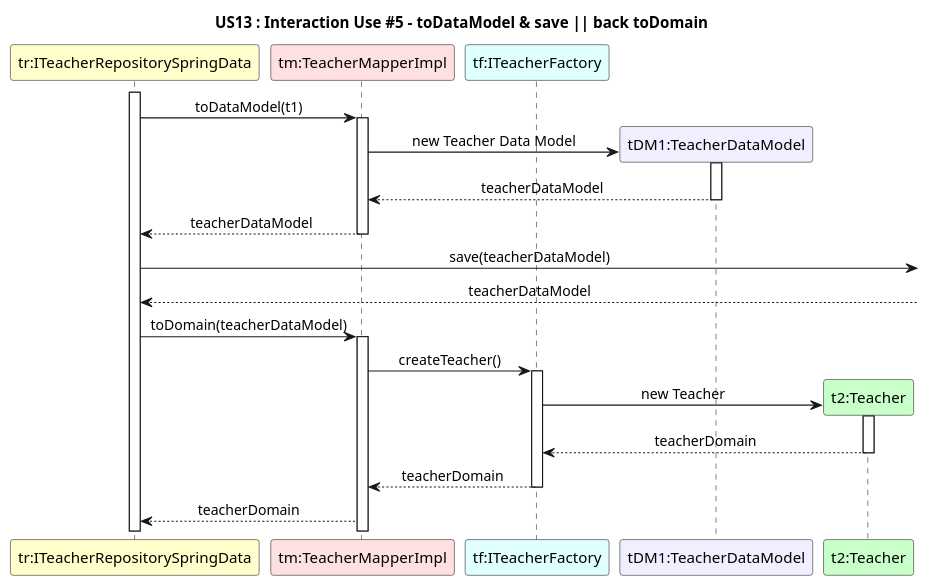
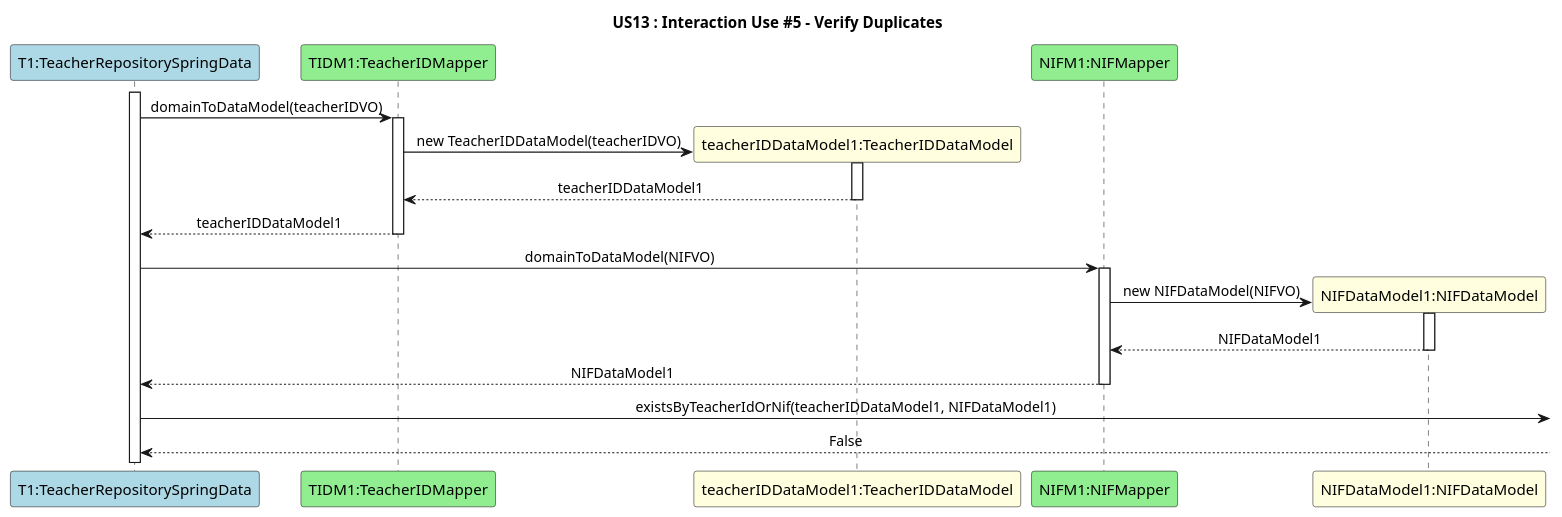
Before and after one commit to GasparISEP/DevOps-PAI: the diagram in docs/US13/Documentation_SpringData_JPA/US13_SD_Interaction_Use_#5.puml, drawn with PlantUML. The commit also changed 4 other files, not shown here.

Commit message:
Updated class and sequence diagrams with refactored methods and a new interaction use. Refs #266

```diff
--- a/docs/US13/Documentation_SpringData_JPA/US13_SD_Interaction_Use_#5.puml
+++ b/docs/US13/Documentation_SpringData_JPA/US13_SD_Interaction_Use_#5.puml
@@ -1,40 +1,30 @@
 @startuml
-
-title US13 : Interaction Use #5 - toDataModel & save || back toDomain
+title US13 : Interaction Use #5 - Verify Duplicates
 skinparam sequenceMessageAlign center
 
-participant "tr:ITeacherRepositorySpringData" as IteacherRepoJPA #business
-participant "tm:TeacherMapperImpl" as tMapper #implementation
-participant "tf:ITeacherFactory" as teacherFactory #lightCyan
-participant "tDM1:TeacherDataModel" as teacherDM #motivation
-participant "t2:Teacher" as teacher #technology
+participant "T1:TeacherRepositorySpringData" as T #lightblue
+participant "TIDM1:TeacherIDMapper" as TMapper #lightgreen
+participant "teacherIDDataModel1:TeacherIDDataModel" as tiddm #lightyellow
+participant "NIFM1:NIFMapper" as NIF #lightgreen
+participant "NIFDataModel1:NIFDataModel" as NIFDM #lightyellow
 
-
-activate IteacherRepoJPA
-IteacherRepoJPA -> tMapper : toDataModel(t1)
-activate tMapper
-
-tMapper -> teacherDM** : new Teacher Data Model
-activate teacherDM
-teacherDM --> tMapper : teacherDataModel
-deactivate teacherDM
-
-tMapper --> IteacherRepoJPA : teacherDataModel
-deactivate tMapper
-IteacherRepoJPA ->  : save(teacherDataModel)
-IteacherRepoJPA <-- : teacherDataModel
-
-
-IteacherRepoJPA -> tMapper : toDomain(teacherDataModel)
-activate tMapper
-tMapper -> teacherFactory : createTeacher()
-activate teacherFactory
-teacherFactory -> teacher** : new Teacher
-activate teacher
-teacher --> teacherFactory : teacherDomain
-deactivate teacher
-teacherFactory --> tMapper : teacherDomain
-deactivate teacherFactory
-tMapper --> IteacherRepoJPA : teacherDomain
-
+activate T
+T -> TMapper : domainToDataModel(teacherIDVO)
+activate TMapper
+TMapper -> tiddm**: new TeacherIDDataModel(teacherIDVO)
+activate tiddm
+tiddm --> TMapper : teacherIDDataModel1
+deactivate tiddm
+TMapper --> T: teacherIDDataModel1
+deactivate TMapper
+T -> NIF : domainToDataModel(NIFVO)
+activate NIF
+NIF -> NIFDM**: new NIFDataModel(NIFVO)
+activate NIFDM
+NIFDM --> NIF: NIFDataModel1
+deactivate NIFDM
+NIF --> T: NIFDataModel1
+deactivate NIF
+T -> : existsByTeacherIdOrNif(teacherIDDataModel1, NIFDataModel1)
+T <-- : False
 @enduml
```
